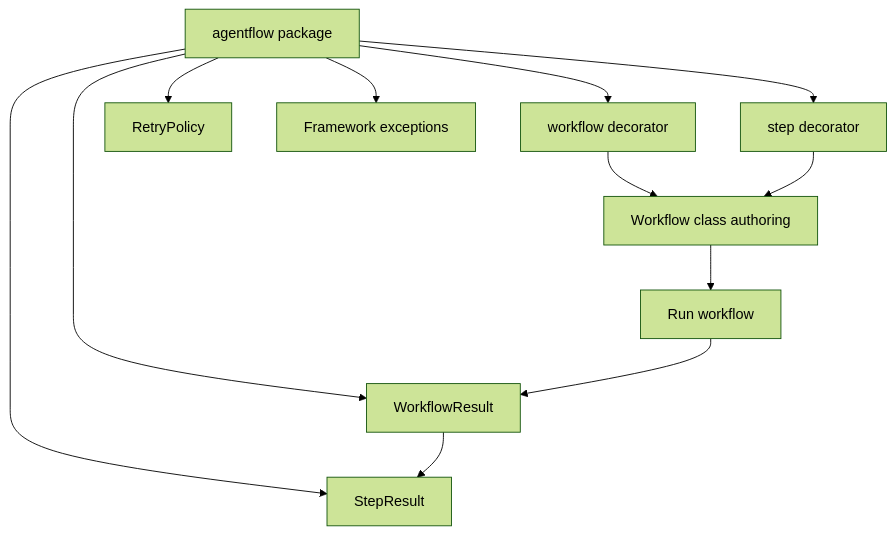
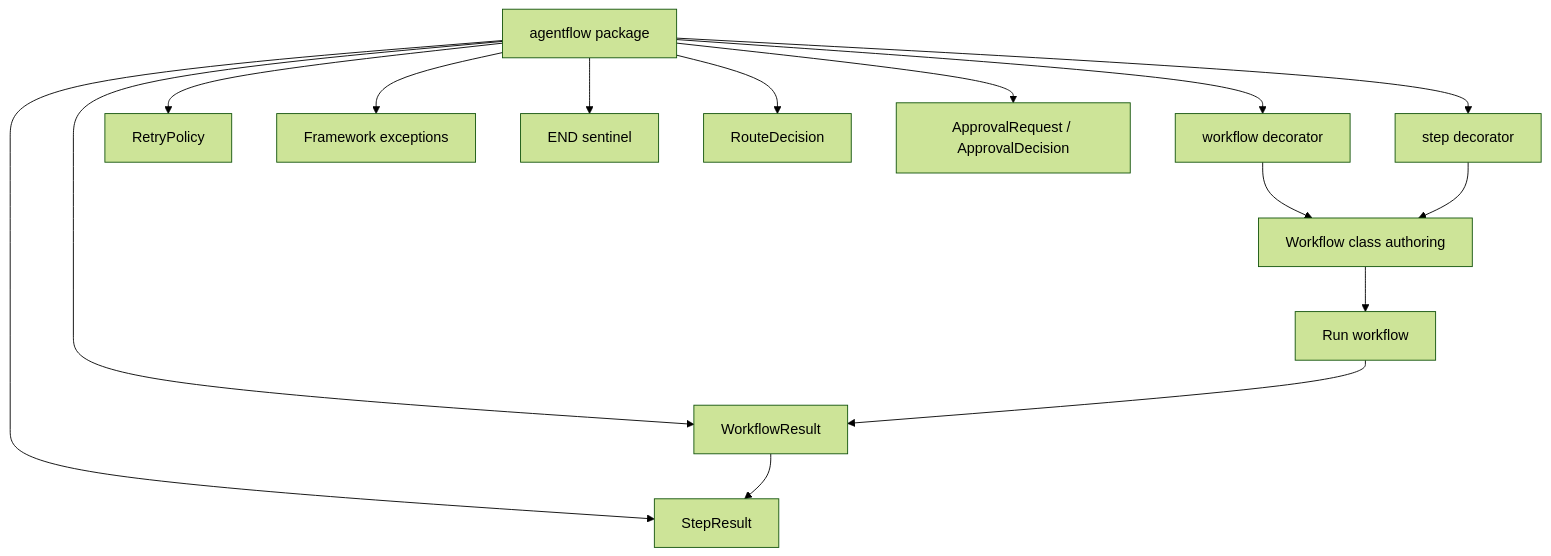
The diagram in docs/architecture/api.md (danishali778/agentflowkit), drawn with Mermaid (forest theme) before and after one commit. The commit also changed other lines of this file and 9 other files, not shown here.

````diff
--- a/docs/architecture/api.md
+++ b/docs/architecture/api.md
@@ -31,14 +37,17 @@
 ```mermaid
 flowchart TD
     A[agentflow package] --> B[workflow decorator]
     A --> C[step decorator]
     A --> D[WorkflowResult]
     A --> E[StepResult]
     A --> F[RetryPolicy]
     A --> G[Framework exceptions]
+    A --> J[END sentinel]
+    A --> K[RouteDecision]
+    A --> L[ApprovalRequest / ApprovalDecision]
     B --> H[Workflow class authoring]
     C --> H
     H --> I[Run workflow]
     I --> D
     D --> E
 ```
````
